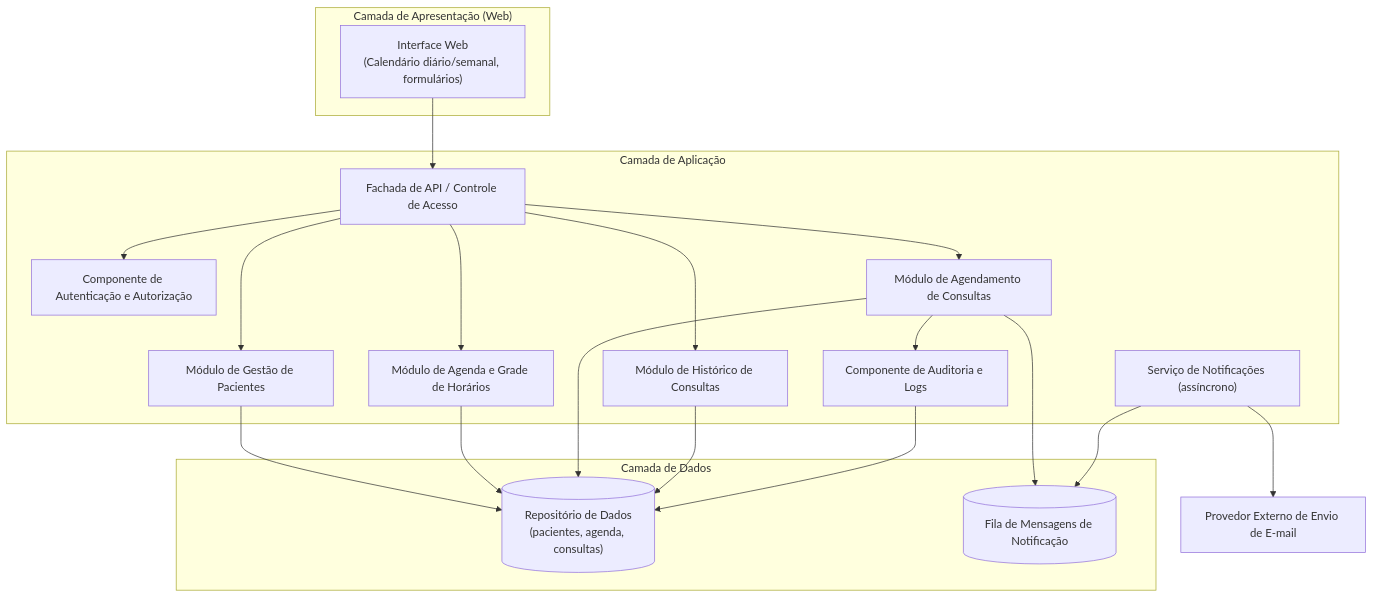
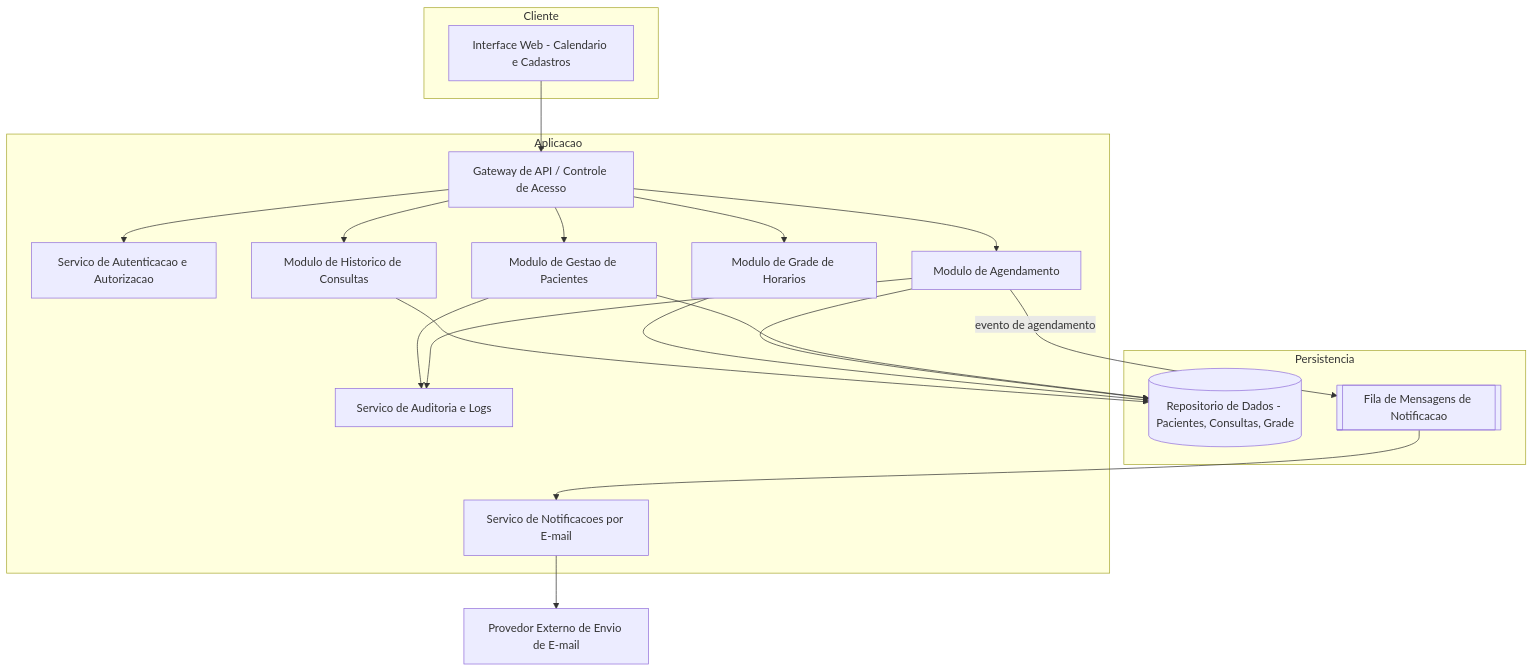
The first of 3 diagrams in docs/Time_2_Design/analise-qualitativa/outputs/relatorio_claude_fable_5_P02.md (PDC-ESIA/AI4ES), drawn with Mermaid before and after one commit. The commit also changed other lines of this file and 107 other files, not shown here.

````diff
--- a/docs/Time_2_Design/analise-qualitativa/outputs/relatorio_claude_fable_5_P02.md
+++ b/docs/Time_2_Design/analise-qualitativa/outputs/relatorio_claude_fable_5_P02.md
@@ -30,40 +29,40 @@
 ```mermaid
 flowchart TB
-    subgraph Apresentacao["Camada de Apresentação (Web)"]
-        UI["Interface Web<br/>(Calendário diário/semanal, formulários)"]
+    subgraph Cliente
+        UI[Interface Web - Calendario e Cadastros]
     end
 
-    subgraph Aplicacao["Camada de Aplicação"]
-        GW["Fachada de API / Controle de Acesso"]
-        AUTH["Componente de Autenticação e Autorização"]
-        PAC["Módulo de Gestão de Pacientes"]
-        AGE["Módulo de Agenda e Grade de Horários"]
-        CON["Módulo de Agendamento de Consultas"]
-        HIST["Módulo de Histórico de Consultas"]
-        NOT["Serviço de Notificações (assíncrono)"]
-        LOG["Componente de Auditoria e Logs"]
+    subgraph Aplicacao
+        GW[Gateway de API / Controle de Acesso]
+        AUTH[Servico de Autenticacao e Autorizacao]
+        PAC[Modulo de Gestao de Pacientes]
+        AGD[Modulo de Agendamento]
+        GRD[Modulo de Grade de Horarios]
+        HIS[Modulo de Historico de Consultas]
+        NOT[Servico de Notificacoes por E-mail]
+        LOG[Servico de Auditoria e Logs]
     end
 
-    subgraph Dados["Camada de Dados"]
-        DB[("Repositório de Dados<br/>(pacientes, agenda, consultas)")]
-        FILA[("Fila de Mensagens de Notificação")]
+    subgraph Persistencia
+        REP[(Repositorio de Dados - Pacientes, Consultas, Grade)]
+        FILA[[Fila de Mensagens de Notificacao]]
     end
 
-    EXT["Provedor Externo de Envio de E-mail"]
+    EXT[Provedor Externo de Envio de E-mail]
 
     UI --> GW
     GW --> AUTH
     GW --> PAC
-    GW --> AGE
-    GW --> CON
-    GW --> HIST
-    PAC --> DB
-    AGE --> DB
-    CON --> DB
-    HIST --> DB
-    CON --> FILA
-    CON --> LOG
-    NOT --> FILA
+    GW --> AGD
+    GW --> GRD
+    GW --> HIS
+    PAC --> REP
+    AGD --> REP
+    GRD --> REP
+    HIS --> REP
+    AGD -- evento de agendamento --> FILA
+    FILA --> NOT
     NOT --> EXT
-    LOG --> DB
+    AGD --> LOG
+    PAC --> LOG
 ```
````
